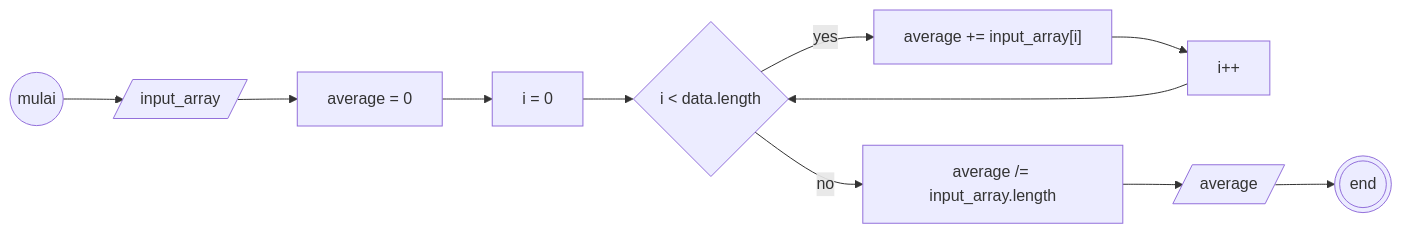
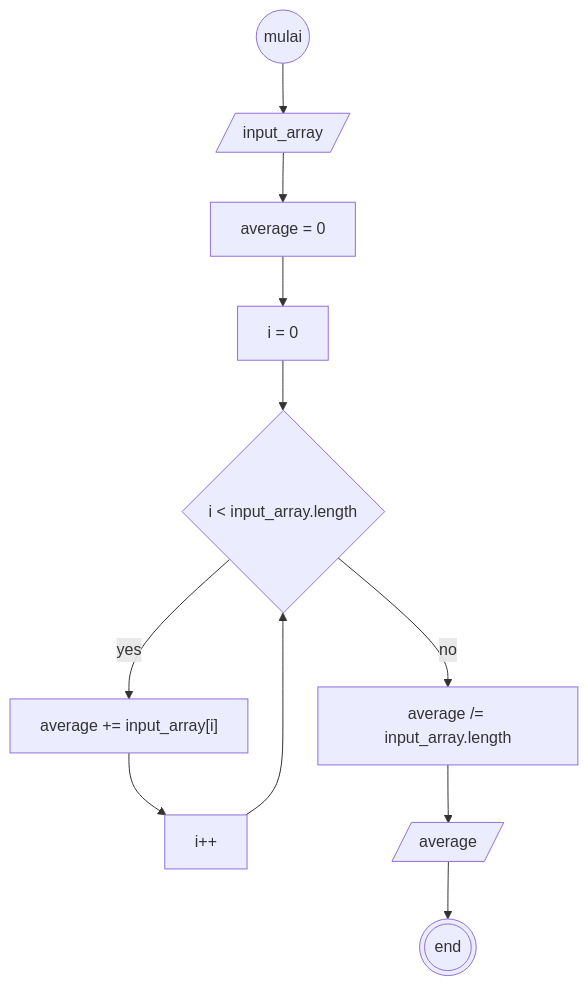
The third of 3 diagrams in README.md (daberpro/koda-b10-javascript4), drawn with Mermaid before and after one commit.

Commit message:
Fix flowchart syntax and update variable names

````diff
--- a/README.md
+++ b/README.md
@@ -72,34 +72,33 @@
 ```mermaid
 
-flowchart LR
+flowchart TB
     Start((mulai))
 
     InputArray[/input_array/]
     Avg[average = 0]
     AvgAssign[average /= input_array.length]
     
-    
     AssignAvg["average += input_array[i]"]
     
     I[i = 0]
     TambahI[i++]
-    CekI{i < data.length}
+    CekI{i < input_array.length}
 
     CetakHasil[/average/]
 
     End(((end)))
 
     Start --> InputArray
     InputArray --> Avg
 
     Avg --> I 
     I --> CekI
     CekI --> |yes|AssignAvg
     AssignAvg --> TambahI
     TambahI --> CekI
 
     CekI --> |no| AvgAssign
     AvgAssign --> CetakHasil
     CetakHasil --> End
 
 ```
````
